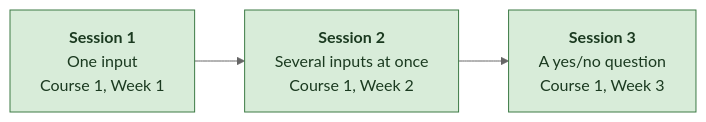
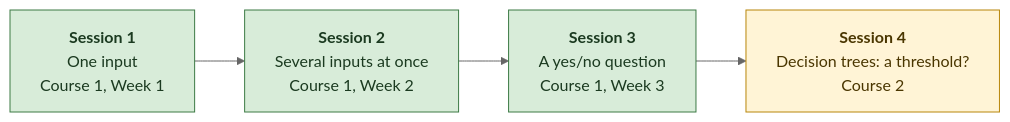
One commit to penelopemichou/austerity-ml changed the first of 2 diagrams in PROGRESS.md. Above: the diagram before and after it, drawn with Mermaid (neutral theme). The commit also changed other lines of this file and 2 other files, not shown here.

Commit message:
Add Session 4 as next and the Course 1 milestones to progress
These were added to the dashboard from another chat on 5 Nov; the repo
JSON is the single source, so they are merged here.

````diff
--- a/PROGRESS.md
+++ b/PROGRESS.md
@@ -13,7 +13,7 @@
 ```mermaid
 flowchart LR
-    S1["<b>Session 1</b><br/>One input<br/>Course 1, Week 1"]:::done --> S2["<b>Session 2</b><br/>Several inputs at once<br/>Course 1, Week 2"]:::done --> S3["<b>Session 3</b><br/>A yes/no question<br/>Course 1, Week 3"]:::done
+    S1["<b>Session 1</b><br/>One input<br/>Course 1, Week 1"]:::done --> S2["<b>Session 2</b><br/>Several inputs at once<br/>Course 1, Week 2"]:::done --> S3["<b>Session 3</b><br/>A yes/no question<br/>Course 1, Week 3"]:::done --> S4["<b>Session 4</b><br/>Decision trees: a threshold?<br/>Course 2"]:::next
     classDef done fill:#d8ecd9,stroke:#3c7a45,color:#1b3a20
     classDef next fill:#fff4d6,stroke:#b8860b,color:#4a3600
     classDef later fill:#eeeeee,stroke:#999999,color:#555555
 ```
````
